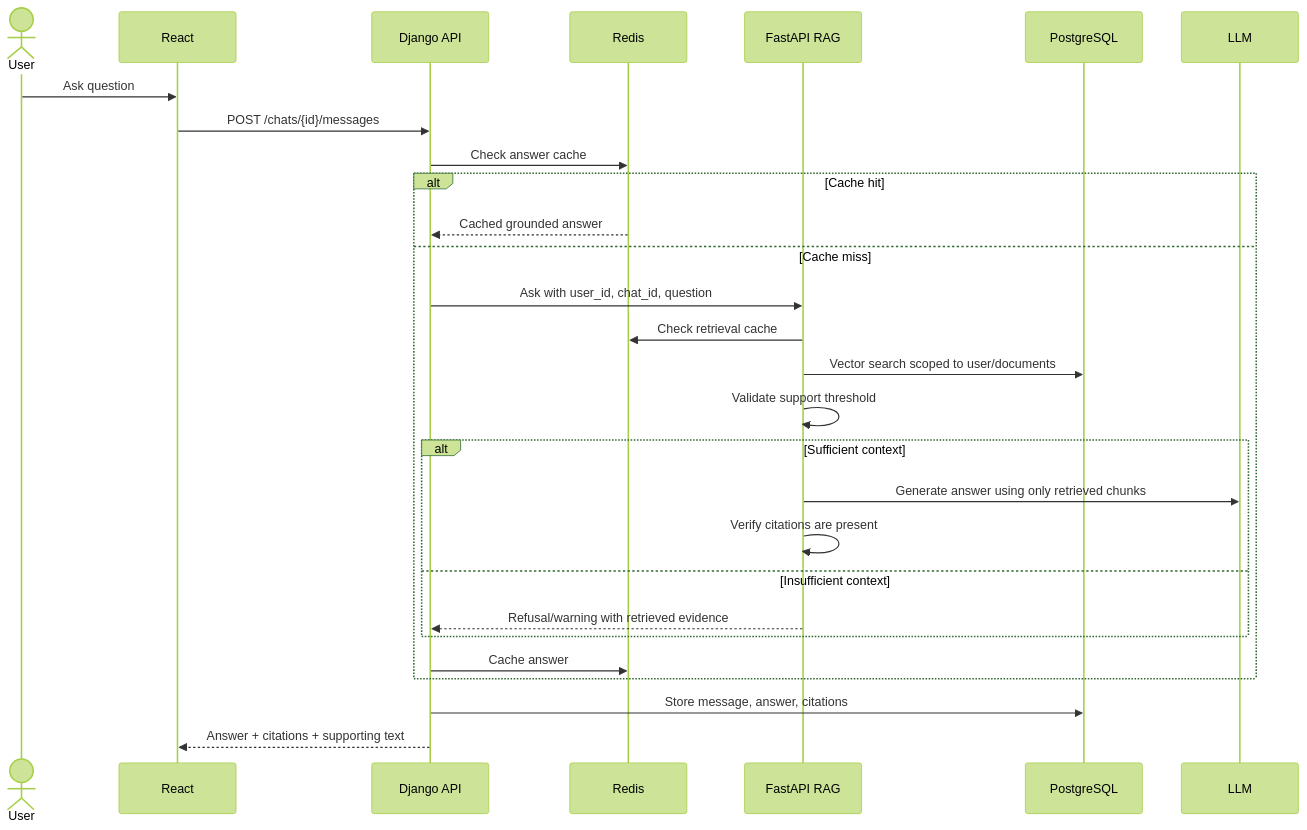
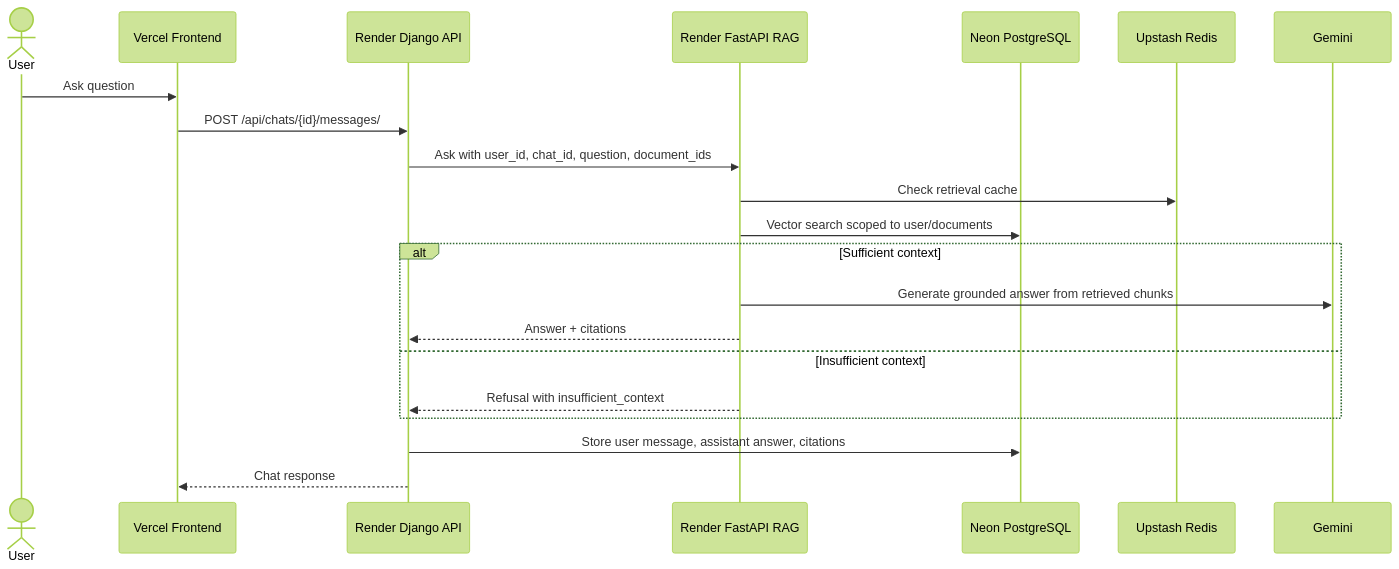
Before and after one commit to Anos714/Assignment: the third of 7 diagrams in docs/ARCHITECTURE.md, drawn with Mermaid (forest theme). The commit also changed other lines of this file and 3 other files, not shown here.

Commit message:
feat: enhance DocuMind AI documentation and architecture to reflect updated deployment stack and ingestion process

````diff
--- a/docs/ARCHITECTURE.md
+++ b/docs/ARCHITECTURE.md
@@ -65,31 +70,24 @@
 ```mermaid
 sequenceDiagram
     actor User
-    participant FE as React
-    participant API as Django API
-    participant Redis
-    participant RAG as FastAPI RAG
-    participant DB as PostgreSQL
-    participant LLM
+    participant FE as Vercel Frontend
+    participant API as Render Django API
+    participant RAG as Render FastAPI RAG
+    participant DB as Neon PostgreSQL
+    participant Redis as Upstash Redis
+    participant LLM as Gemini
 
     User->>FE: Ask question
-    FE->>API: POST /chats/{id}/messages
-    API->>Redis: Check answer cache
-    alt Cache hit
-        Redis-->>API: Cached grounded answer
-    else Cache miss
-        API->>RAG: Ask with user_id, chat_id, question
-        RAG->>Redis: Check retrieval cache
-        RAG->>DB: Vector search scoped to user/documents
-        RAG->>RAG: Validate support threshold
-        alt Sufficient context
-            RAG->>LLM: Generate answer using only retrieved chunks
-            RAG->>RAG: Verify citations are present
-        else Insufficient context
-            RAG-->>API: Refusal/warning with retrieved evidence
-        end
-        API->>Redis: Cache answer
+    FE->>API: POST /api/chats/{id}/messages/
+    API->>RAG: Ask with user_id, chat_id, question, document_ids
+    RAG->>Redis: Check retrieval cache
+    RAG->>DB: Vector search scoped to user/documents
+    alt Sufficient context
+        RAG->>LLM: Generate grounded answer from retrieved chunks
+        RAG-->>API: Answer + citations
+    else Insufficient context
+        RAG-->>API: Refusal with insufficient_context
     end
-    API->>DB: Store message, answer, citations
-    API-->>FE: Answer + citations + supporting text
+    API->>DB: Store user message, assistant answer, citations
+    API-->>FE: Chat response
 ```
````
